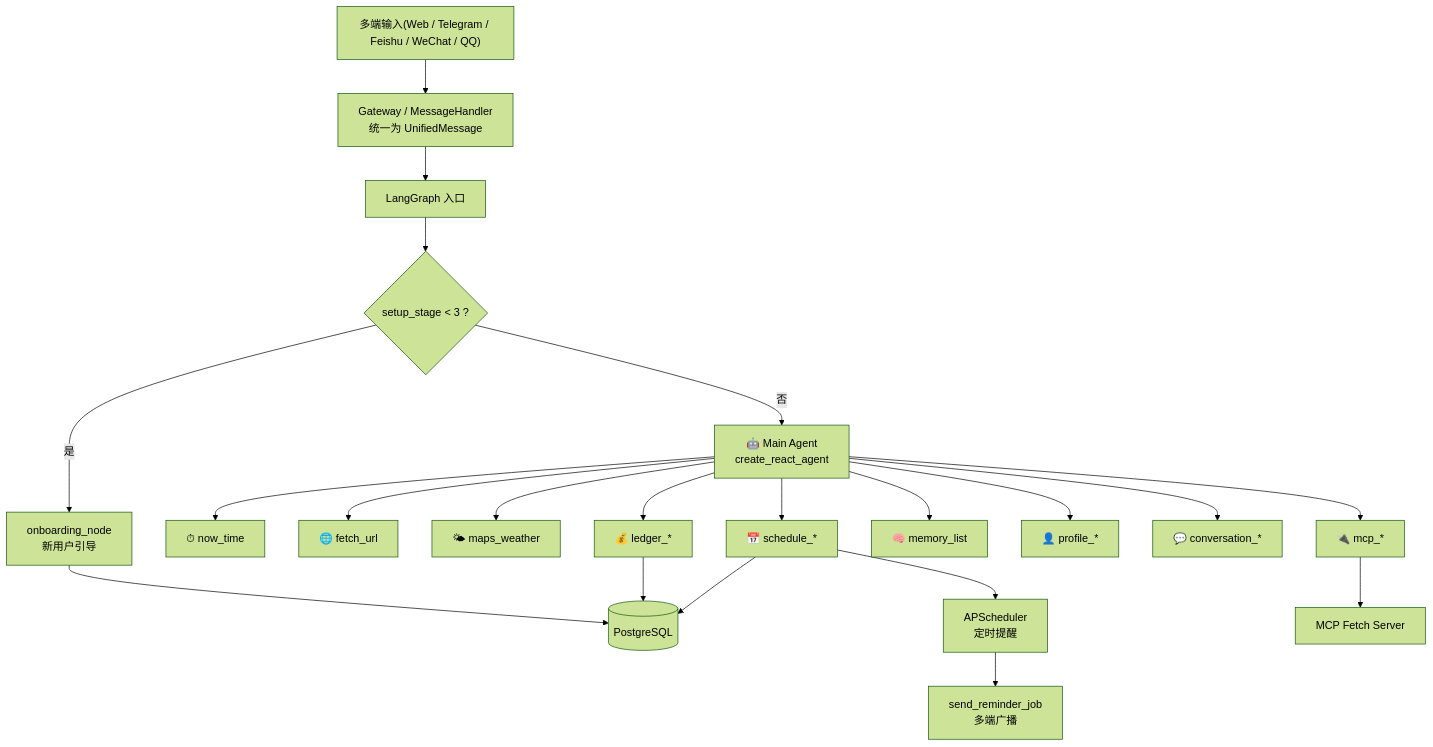
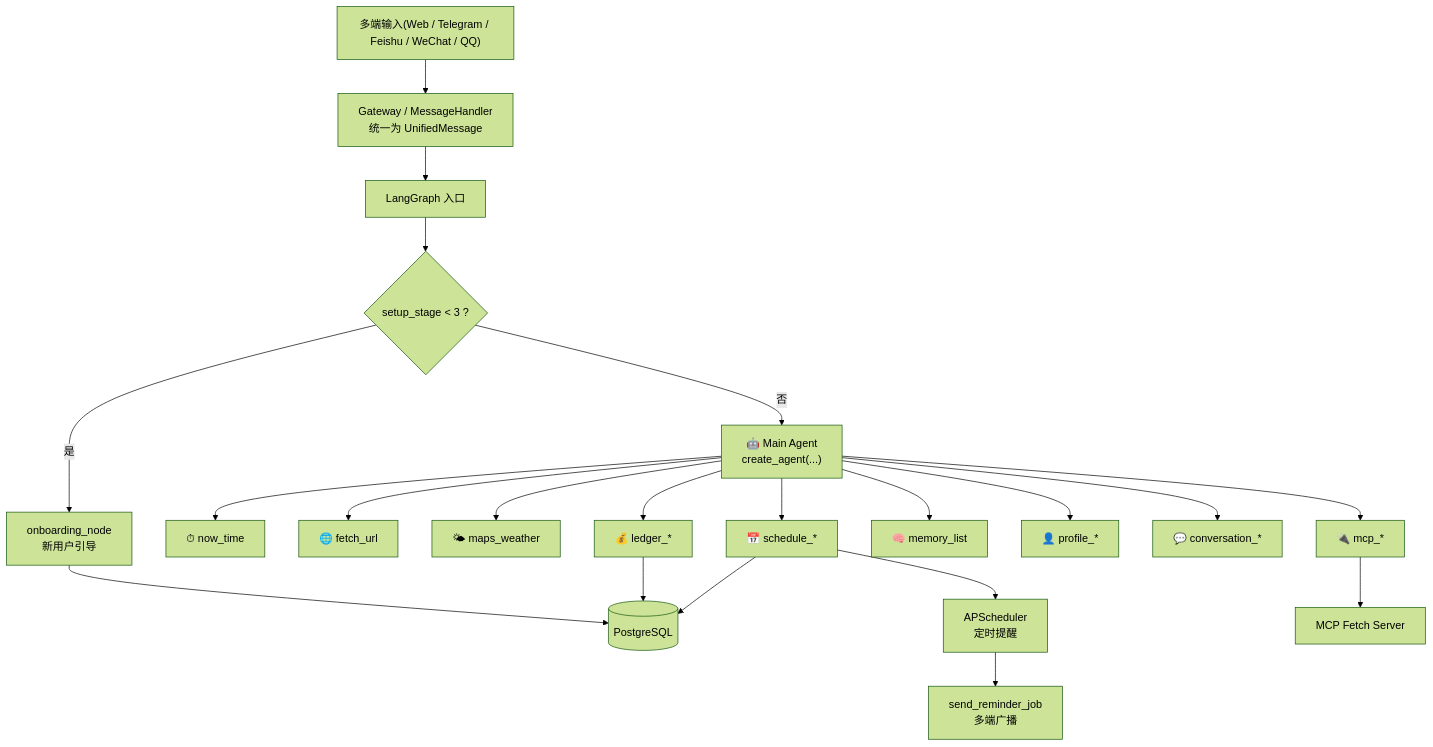
Before and after one commit to Lsogod/personal-ai-pai: the diagram in README.md, drawn with Mermaid (forest theme). The commit also changed other lines of this file, not shown here.

Commit message:
docs(readme): align agent architecture wording with 1.x runtime

````diff
--- a/README.md
+++ b/README.md
@@ -67,27 +68,27 @@
 ```mermaid
 flowchart TB
     A["多端输入(Web / Telegram / Feishu / WeChat / QQ)"] --> B["Gateway / MessageHandler\n统一为 UnifiedMessage"]
     B --> C["LangGraph 入口"]
     C --> D{"setup_stage < 3 ?"}
 
     D -->|是| N1["onboarding_node\n新用户引导"]
-    D -->|否| AG["🤖 Main Agent\ncreate_react_agent"]
+    D -->|否| AG["🤖 Main Agent\ncreate_agent(...)"]
 
     AG --> T1["⏱ now_time"]
     AG --> T2["🌐 fetch_url"]
     AG --> T3["🌤 maps_weather"]
     AG --> T4["💰 ledger_*"]
     AG --> T5["📅 schedule_*"]
     AG --> T6["🧠 memory_list"]
     AG --> T7["👤 profile_*"]
     AG --> T8["💬 conversation_*"]
     AG --> T9["🔌 mcp_*"]
 
     T9 --> MCP["MCP Fetch Server"]
 
     N1 --> DB[(PostgreSQL)]
     T4 --> DB
     T5 --> DB
     T5 --> SCH["APScheduler\n定时提醒"]
     SCH --> PUSH["send_reminder_job\n多端广播"]
 ```
````
